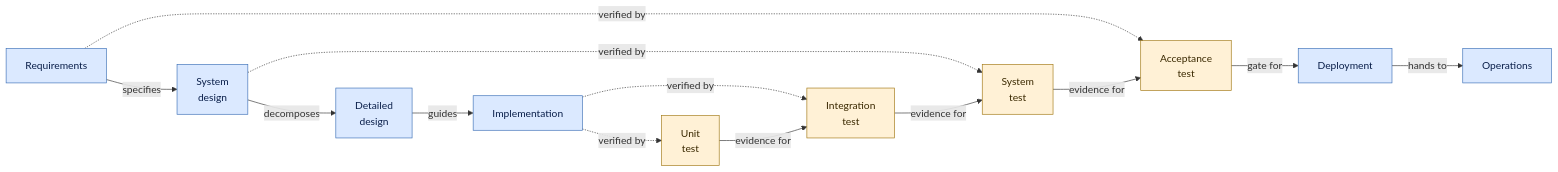
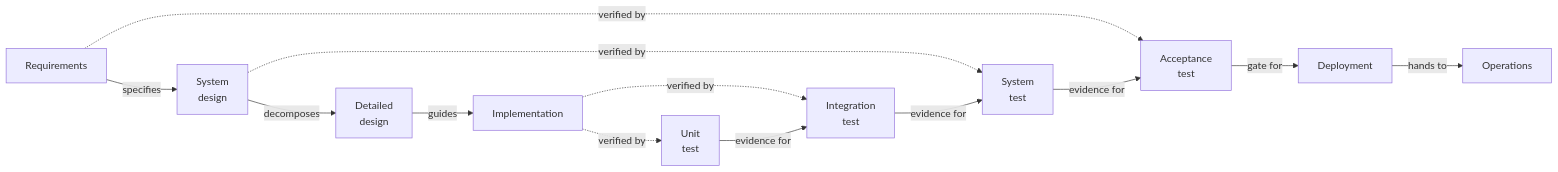
The diagram in content/Projects/Traditional-SDLC.md (xdflatline/quartz), drawn with Mermaid before and after one commit.

Commit message:
docs(projects): refine Traditional SDLC content

````diff
--- a/content/Projects/Traditional-SDLC.md
+++ b/content/Projects/Traditional-SDLC.md
@@ -54,30 +54,29 @@
 ```mermaid
 flowchart LR
-    R[Requirements]:::build
-    S[System<br/>design]:::build
-    D[Detailed<br/>design]:::build
-    I[Implementation]:::build
-    ItT[Integration<br/>test]:::verify
-    ST[System<br/>test]:::verify
-    UT[Unit<br/>test]:::verify
-    AT[Acceptance<br/>test]:::verify
-    Dep[Deployment]:::build
-    Op[Operations]:::build
+    R[Requirements]
+    S[System<br/>design]
+    D[Detailed<br/>design]
+    I[Implementation]
+    ItT[Integration<br/>test]
+    ST[System<br/>test]
+    UT[Unit<br/>test]
+    AT[Acceptance<br/>test]
+    Dep[Deployment]
+    Op[Operations]
 
     R -->|specifies| S
     S -->|decomposes| D
     D -->|guides| I
     I -.->|verified by| UT
     I -.->|verified by| ItT
     S -.->|verified by| ST
     R -.->|verified by| AT
 
     UT -->|evidence for| ItT
     ItT -->|evidence for| ST
     ST -->|evidence for| AT
     AT -->|gate for| Dep
     Dep -->|hands to| Op
 
-    classDef build fill:#dbe9ff,stroke:#3b6fb6,color:#0a1f4a
-    classDef verify fill:#fff1d6,stroke:#a07712,color:#3a2900
+    
 ```
````
